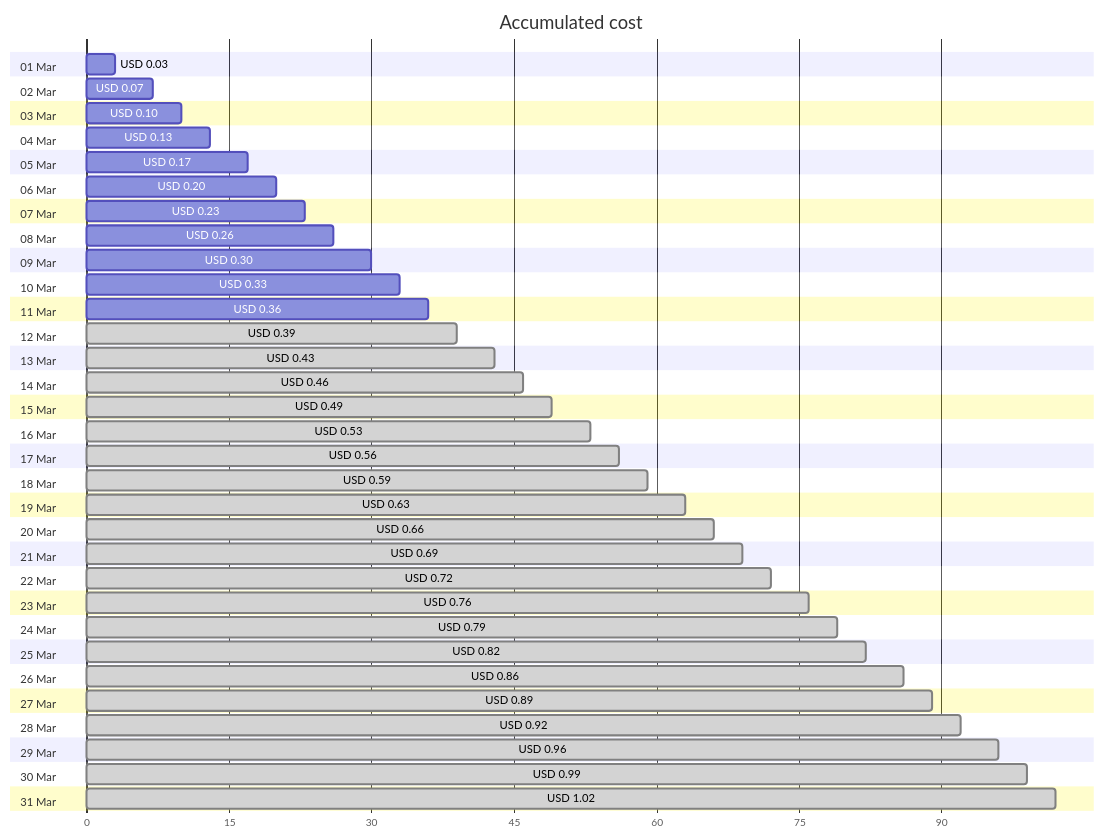
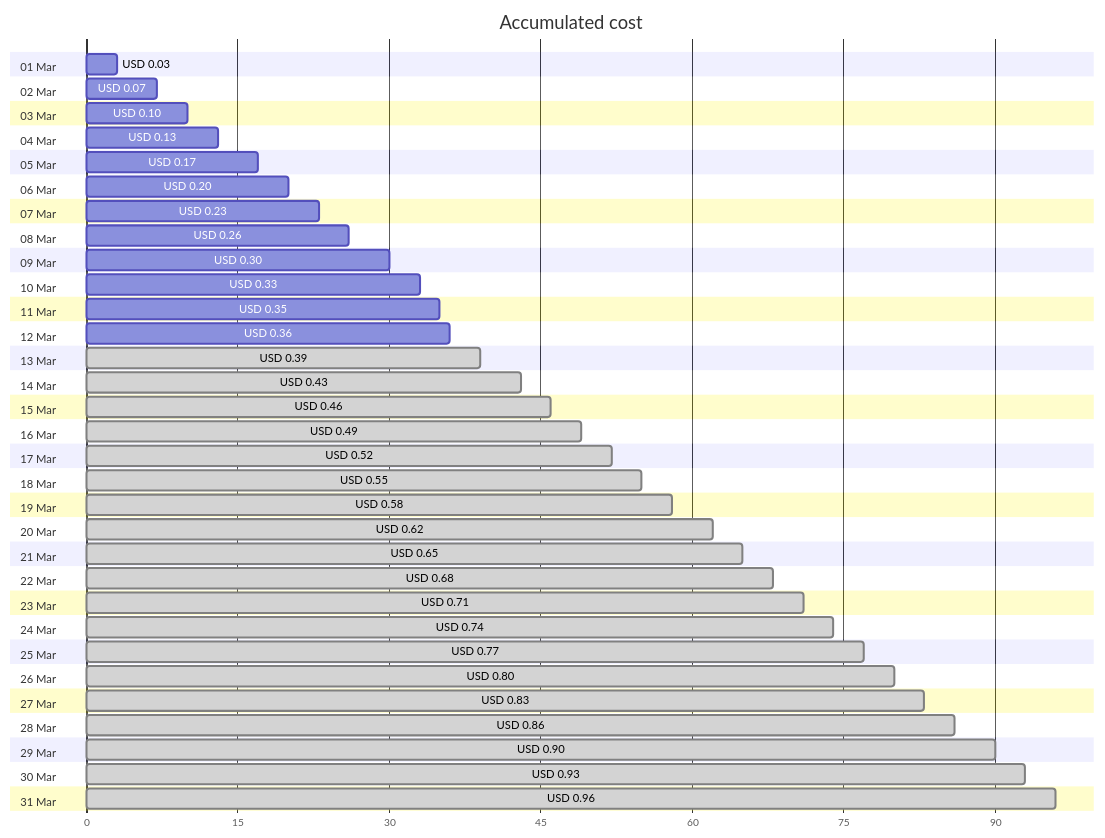
Before and after one commit to jpfulton/azure-personal-reports: the first of 4 diagrams in cost-reports/personal-dns/README.md, drawn with Mermaid. The commit also changed other lines of this file and 2 other files, not shown here.

Commit message:
Generated reports [skip ci]

````diff
--- a/cost-reports/personal-dns/README.md
+++ b/cost-reports/personal-dns/README.md
@@ -20,68 +20,68 @@
 ```mermaid
 gantt
    title Accumulated cost
    dateFormat  X
    axisFormat %s
    section 01 Mar
    USD 0.03 :0, 3
    section 02 Mar
    USD 0.07 :0, 7
    section 03 Mar
    USD 0.10 :0, 10
    section 04 Mar
    USD 0.13 :0, 13
    section 05 Mar
    USD 0.17 :0, 17
    section 06 Mar
    USD 0.20 :0, 20
    section 07 Mar
    USD 0.23 :0, 23
    section 08 Mar
    USD 0.26 :0, 26
    section 09 Mar
    USD 0.30 :0, 30
    section 10 Mar
    USD 0.33 :0, 33
    section 11 Mar
+   USD 0.35 :0, 35
+   section 12 Mar
    USD 0.36 :0, 36
-   section 12 Mar
+   section 13 Mar
    USD 0.39 : done, 0, 39
-   section 13 Mar
+   section 14 Mar
    USD 0.43 : done, 0, 43
-   section 14 Mar
+   section 15 Mar
    USD 0.46 : done, 0, 46
-   section 15 Mar
+   section 16 Mar
    USD 0.49 : done, 0, 49
-   section 16 Mar
-   USD 0.53 : done, 0, 53
    section 17 Mar
-   USD 0.56 : done, 0, 56
+   USD 0.52 : done, 0, 52
    section 18 Mar
-   USD 0.59 : done, 0, 59
+   USD 0.55 : done, 0, 55
    section 19 Mar
-   USD 0.63 : done, 0, 63
+   USD 0.58 : done, 0, 58
    section 20 Mar
-   USD 0.66 : done, 0, 66
+   USD 0.62 : done, 0, 62
    section 21 Mar
-   USD 0.69 : done, 0, 69
+   USD 0.65 : done, 0, 65
    section 22 Mar
-   USD 0.72 : done, 0, 72
+   USD 0.68 : done, 0, 68
    section 23 Mar
-   USD 0.76 : done, 0, 76
+   USD 0.71 : done, 0, 71
    section 24 Mar
-   USD 0.79 : done, 0, 79
+   USD 0.74 : done, 0, 74
    section 25 Mar
-   USD 0.82 : done, 0, 82
+   USD 0.77 : done, 0, 77
    section 26 Mar
+   USD 0.80 : done, 0, 80
+   section 27 Mar
+   USD 0.83 : done, 0, 83
+   section 28 Mar
    USD 0.86 : done, 0, 86
-   section 27 Mar
-   USD 0.89 : done, 0, 89
-   section 28 Mar
-   USD 0.92 : done, 0, 92
    section 29 Mar
+   USD 0.90 : done, 0, 90
+   section 30 Mar
+   USD 0.93 : done, 0, 93
+   section 31 Mar
    USD 0.96 : done, 0, 96
-   section 30 Mar
-   USD 0.99 : done, 0, 99
-   section 31 Mar
-   USD 1.02 : done, 0, 102
 ```
````
